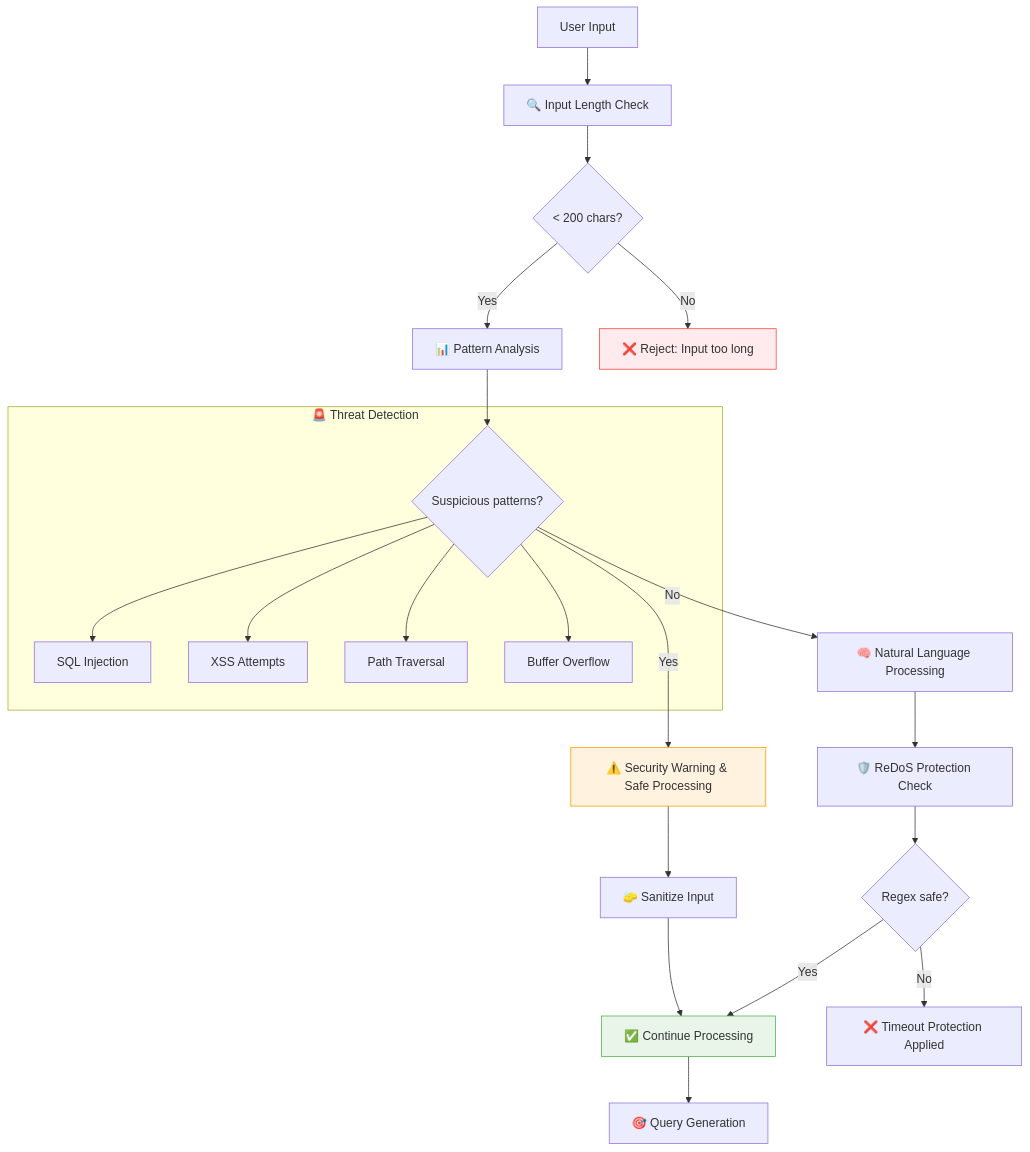
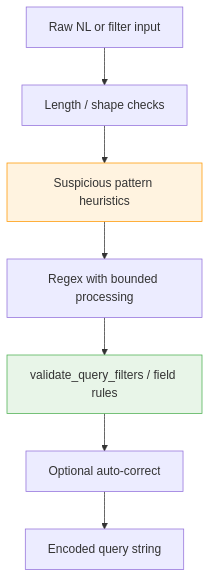
One commit to Papamzor/personal-mcp-servicenow changed the fifth of 5 diagrams in Diagrams & Documentation/05-ai-intelligence-flow.md. Above: the diagram before and after it, drawn with Mermaid. The commit also changed other lines of this file and 31 other files, not shown here.

First line of the commit message:
chore: clean stale packaging/docs and refresh architecture diagrams

````diff
--- a/Diagrams & Documentation/05-ai-intelligence-flow.md
+++ b/Diagrams & Documentation/05-ai-intelligence-flow.md
@@ -123,37 +97,12 @@
 ```mermaid
 flowchart TD
-    A[User Input] --> B[🔍 Input Length Check]
-    B --> C{< 200 chars?}
-    C -->|Yes| D[📊 Pattern Analysis]
-    C -->|No| E[❌ Reject: Input too long]
+    A[Raw NL or filter input] --> B[Length / shape checks]
+    B --> C[Suspicious pattern heuristics]
+    C --> D[Regex with bounded processing]
+    D --> E[validate_query_filters / field rules]
+    E --> F[Optional auto-correct]
+    F --> G[Encoded query string]
 
-    D --> F{Suspicious patterns?}
-    F -->|No| G[🧠 Natural Language Processing]
-    F -->|Yes| H[⚠️ Security Warning & Safe Processing]
-
-    G --> I[🛡️ ReDoS Protection Check]
-    I --> J{Regex safe?}
-    J -->|Yes| K[✅ Continue Processing]
-    J -->|No| L[❌ Timeout Protection Applied]
-
-    H --> M[🧽 Sanitize Input]
-    M --> K
-
-    K --> N[🎯 Query Generation]
-
-    subgraph "🚨 Threat Detection"
-        SQL[SQL Injection]
-        XSS[XSS Attempts]
-        PATH[Path Traversal]
-        BUFF[Buffer Overflow]
-
-        F --> SQL
-        F --> XSS
-        F --> PATH
-        F --> BUFF
-    end
-
-    style E fill:#ffebee,stroke:#f44336
-    style H fill:#fff3e0,stroke:#ff9800
-    style K fill:#e8f5e8,stroke:#4caf50
+    style E fill:#e8f5e8,stroke:#4caf50
+    style C fill:#fff3e0,stroke:#ff9800
 ```
````
